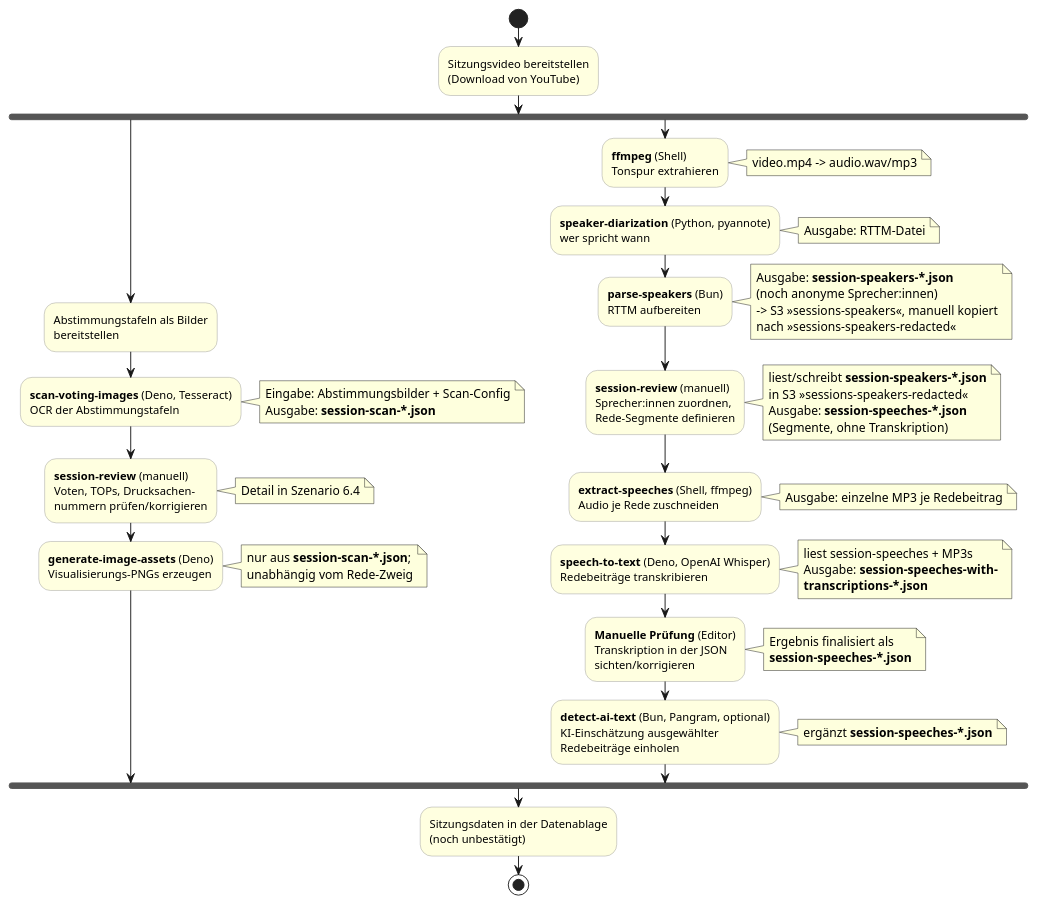
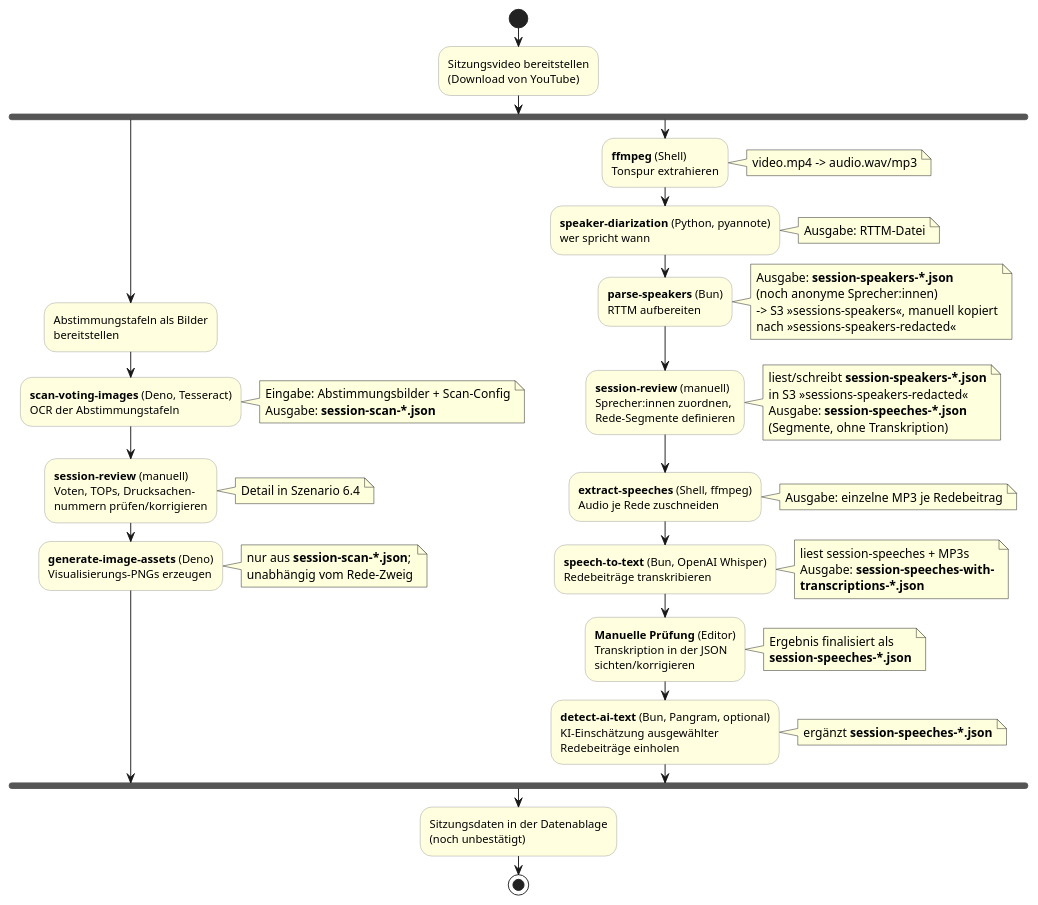
Before and after one commit to ungeschneuer/StadtratWatch-Leipzig: the diagram in docs/arc42/06-laufzeitsicht/01-sitzungsverarbeitung.adoc, drawn with PlantUML. The commit also changed other lines of this file and 17 other files, not shown here.

First line of the commit message:
Move speech-to-text to Bun (#576)

```diff
--- a/docs/arc42/06-laufzeitsicht/01-sitzungsverarbeitung.adoc
+++ b/docs/arc42/06-laufzeitsicht/01-sitzungsverarbeitung.adoc
@@ -36,70 +36,70 @@
 [plantuml,lz-sitzungsverarbeitung,svg]
 ....
 @startuml
 skinparam shadowing false
 skinparam activity {
   BackgroundColor #lightyellow
   BorderColor #999999
 }
 
 start
 :Sitzungsvideo bereitstellen\n(Download von YouTube);
 
 fork
   ' --- Abstimmungs-Zweig (OCR) ---
   :Abstimmungstafeln als Bilder\nbereitstellen;
   :**scan-voting-images** (Deno, Tesseract)\nOCR der Abstimmungstafeln;
   note right
     Eingabe: Abstimmungsbilder + Scan-Config
     Ausgabe: **session-scan-*.json**
   end note
   :**session-review** (manuell)\nVoten, TOPs, Drucksachen-\nnummern prüfen/korrigieren;
   note right: Detail in Szenario 6.4
   :**generate-image-assets** (Deno)\nVisualisierungs-PNGs erzeugen;
   note right
     nur aus **session-scan-*.json**;
     unabhängig vom Rede-Zweig
   end note
 fork again
   ' --- Rede-Zweig (Audio) ---
   :**ffmpeg** (Shell)\nTonspur extrahieren;
   note right: video.mp4 -> audio.wav/mp3
   :**speaker-diarization** (Python, pyannote)\nwer spricht wann;
   note right: Ausgabe: RTTM-Datei
   :**parse-speakers** (Bun)\nRTTM aufbereiten;
   note right
     Ausgabe: **session-speakers-*.json**
     (noch anonyme Sprecher:innen)
     -> S3 »sessions-speakers«, manuell kopiert
     nach »sessions-speakers-redacted«
   end note
   :**session-review** (manuell)\nSprecher:innen zuordnen,\nRede-Segmente definieren;
   note right
     liest/schreibt **session-speakers-*.json**
     in S3 »sessions-speakers-redacted«
     Ausgabe: **session-speeches-*.json**
     (Segmente, ohne Transkription)
   end note
   :**extract-speeches** (Shell, ffmpeg)\nAudio je Rede zuschneiden;
   note right: Ausgabe: einzelne MP3 je Redebeitrag
-  :**speech-to-text** (Deno, OpenAI Whisper)\nRedebeiträge transkribieren;
+  :**speech-to-text** (Bun, OpenAI Whisper)\nRedebeiträge transkribieren;
   note right
     liest session-speeches + MP3s
     Ausgabe: **session-speeches-with-**
     **transcriptions-*.json**
   end note
   :**Manuelle Prüfung** (Editor)\nTranskription in der JSON\nsichten/korrigieren;
   note right
     Ergebnis finalisiert als
     **session-speeches-*.json**
   end note
   :**detect-ai-text** (Bun, Pangram, optional)\nKI-Einschätzung ausgewählter\nRedebeiträge einholen;
   note right
     ergänzt **session-speeches-*.json**
   end note
 end fork
 
 :Sitzungsdaten in der Datenablage\n(noch unbestätigt);
 stop
 @enduml
 ....
```
